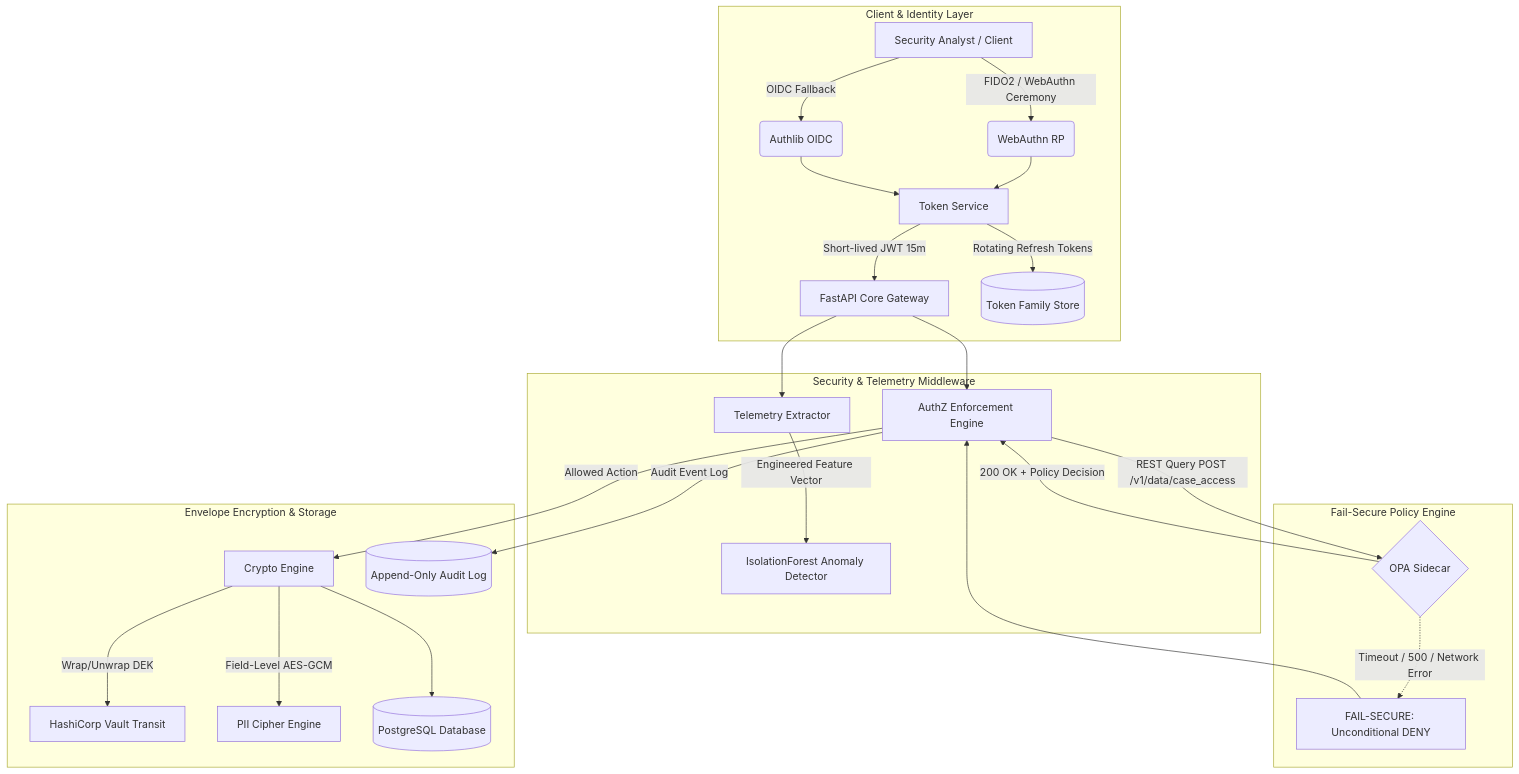
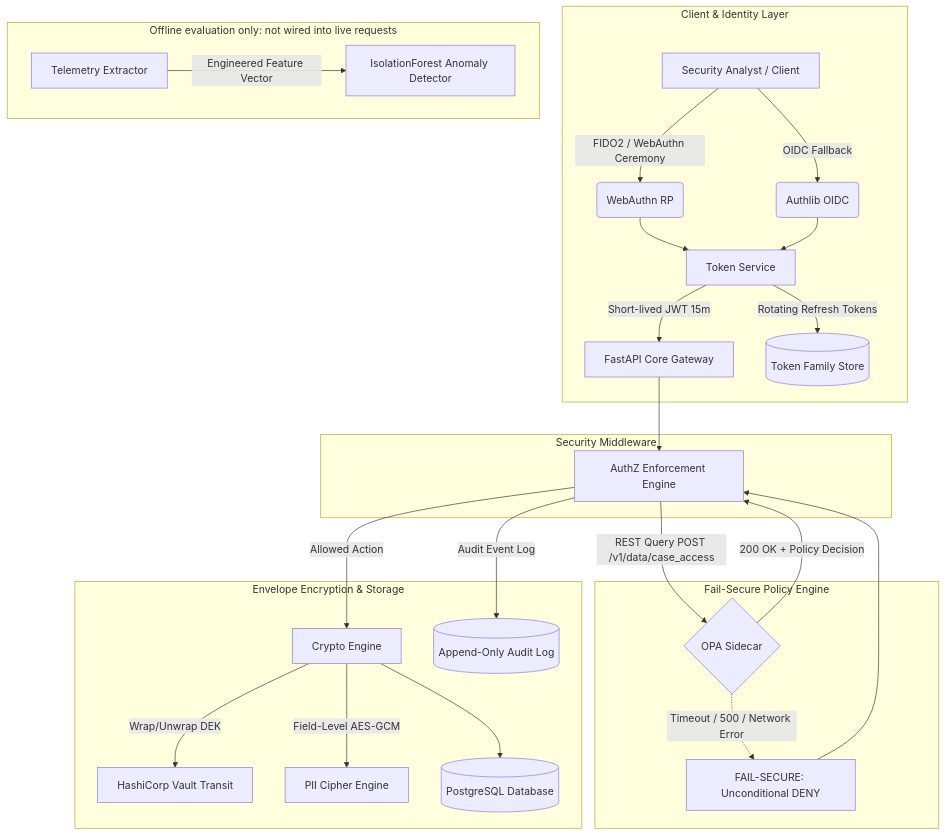
Before and after one commit to PremKLodhia/zero-trust-secure-backend: the diagram in README.md, drawn with Mermaid. The commit also changed other lines of this file, not shown here.

First line of the commit message:
docs: state that IdentityThreatDetector is evaluated offline only

````diff
--- a/README.md
+++ b/README.md
@@ -25,32 +25,34 @@
 ```mermaid
 flowchart TD
     subgraph ClientLayer [Client & Identity Layer]
         A[Security Analyst / Client] -->|FIDO2 / WebAuthn Ceremony| B(WebAuthn RP)
         A -->|OIDC Fallback| C(Authlib OIDC)
         B --> D[Token Service]
         C --> D
         D -->|Short-lived JWT 15m| E[FastAPI Core Gateway]
         D -->|Rotating Refresh Tokens| F[(Token Family Store)]
     end
 
-    subgraph DefenseMiddleware [Security & Telemetry Middleware]
-        E --> G[Telemetry Extractor]
-        G -->|Engineered Feature Vector| H[IsolationForest Anomaly Detector]
+    subgraph DefenseMiddleware [Security Middleware]
         E --> I[AuthZ Enforcement Engine]
+    end
+
+    subgraph OfflineEval [Offline evaluation only: not wired into live requests]
+        G[Telemetry Extractor] -->|Engineered Feature Vector| H[IsolationForest Anomaly Detector]
     end
 
     subgraph AuthZLayer [Fail-Secure Policy Engine]
         I -->|REST Query POST /v1/data/case_access| J{OPA Sidecar}
         J -->|200 OK + Policy Decision| I
         J -.->|Timeout / 500 / Network Error| K[FAIL-SECURE: Unconditional DENY]
         K --> I
     end
 
     subgraph DataProtection [Envelope Encryption & Storage]
         I -->|Allowed Action| L[Crypto Engine]
         L -->|Wrap/Unwrap DEK| M[HashiCorp Vault Transit]
         L -->|Field-Level AES-GCM| N[PII Cipher Engine]
         L --> O[(PostgreSQL Database)]
         I -->|Audit Event Log| P[(Append-Only Audit Log)]
     end
 ```
````
